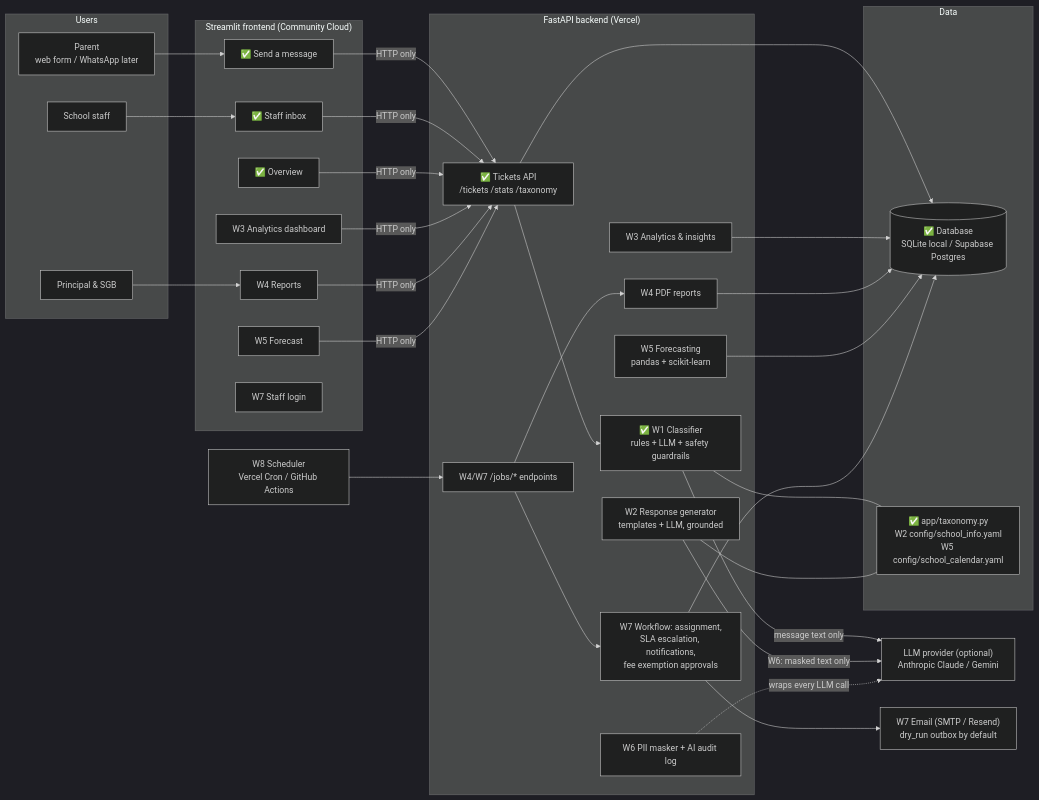
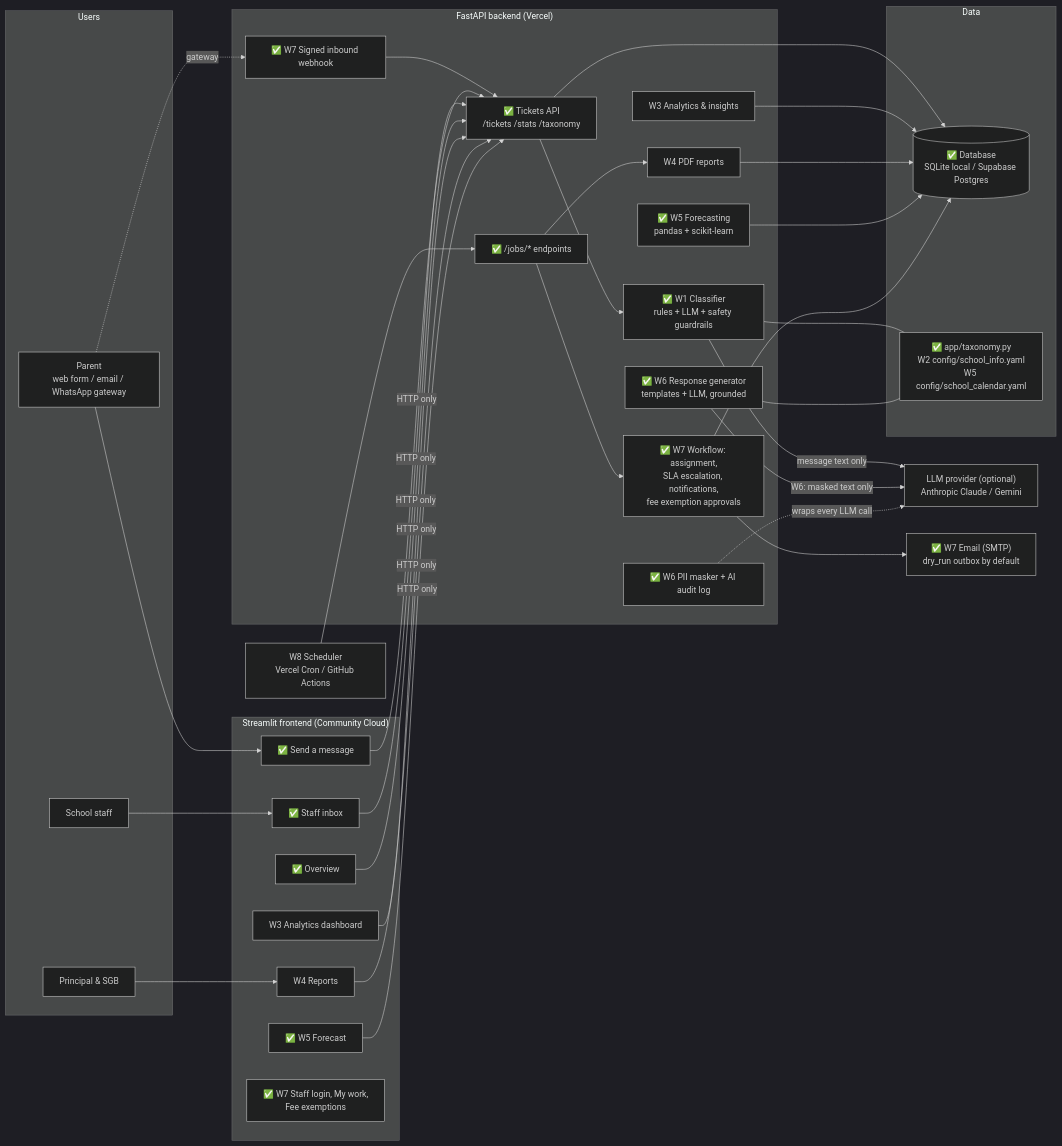
One commit to Dikeledi-K/schoolconnect changed the first of 5 diagrams in docs/ARCHITECTURE.md. Above: the diagram before and after it, drawn with Mermaid (dark theme). The commit also changed other lines of this file and 6 other files, not shown here.

````diff
--- a/docs/ARCHITECTURE.md
+++ b/docs/ARCHITECTURE.md
@@ -7,55 +7,58 @@
 ```mermaid
 flowchart LR
     subgraph Users
-        P[Parent<br/>web form / WhatsApp later]
+        P[Parent<br/>web form / email / WhatsApp gateway]
         S[School staff]
         PR[Principal & SGB]
     end
 
     subgraph Frontend["Streamlit frontend (Community Cloud)"]
         F1["✅ Send a message"]
         F2["✅ Staff inbox"]
         F3["✅ Overview"]
         F4["W3 Analytics dashboard"]
         F5["W4 Reports"]
-        F6["W5 Forecast"]
-        F7["W7 Staff login"]
+        F6["✅ W5 Forecast"]
+        F7["✅ W7 Staff login, My work,<br/>Fee exemptions"]
     end
 
     subgraph API["FastAPI backend (Vercel)"]
         A1["✅ Tickets API<br/>/tickets /stats /taxonomy"]
         A2["✅ W1 Classifier<br/>rules + LLM + safety guardrails"]
-        A3["W2 Response generator<br/>templates + LLM, grounded"]
+        A3["✅ W6 Response generator<br/>templates + LLM, grounded"]
         A4["W3 Analytics & insights"]
         A5["W4 PDF reports"]
-        A6["W5 Forecasting<br/>pandas + scikit-learn"]
-        A7["W6 PII masker + AI audit log"]
-        A8["W7 Workflow: assignment,<br/>SLA escalation, notifications,<br/>fee exemption approvals"]
-        J["W4/W7 /jobs/* endpoints"]
+        A6["✅ W5 Forecasting<br/>pandas + scikit-learn"]
+        A7["✅ W6 PII masker + AI audit log"]
+        A8["✅ W7 Workflow: assignment,<br/>SLA escalation, notifications,<br/>fee exemption approvals"]
+        A9["✅ W7 Signed inbound webhook"]
+        J["✅ /jobs/* endpoints"]
     end
 
     subgraph Data
         DB[("✅ Database<br/>SQLite local / Supabase Postgres")]
         CFG["✅ app/taxonomy.py<br/>W2 config/school_info.yaml<br/>W5 config/school_calendar.yaml"]
     end
 
     LLM["LLM provider (optional)<br/>Anthropic Claude / Gemini"]
     CRON["W8 Scheduler<br/>Vercel Cron / GitHub Actions"]
-    MAIL["W7 Email (SMTP / Resend)<br/>dry_run outbox by default"]
+    MAIL["✅ W7 Email (SMTP)<br/>dry_run outbox by default"]
 
     P --> F1
+    P -.gateway.-> A9
+    A9 --> A1
     S --> F2
     PR --> F5
     F1 & F2 & F3 & F4 & F5 & F6 -->|HTTP only| A1
     A1 --> A2
     A2 -->|message text only| LLM
     A3 -->|"W6: masked text only"| LLM
     A2 --- CFG
     A3 --- CFG
     A1 --> DB
     A4 & A5 & A6 & A8 --> DB
     CRON --> J
     J --> A5 & A8
     A8 --> MAIL
     A7 -.wraps every LLM call.-> LLM
 ```
````
